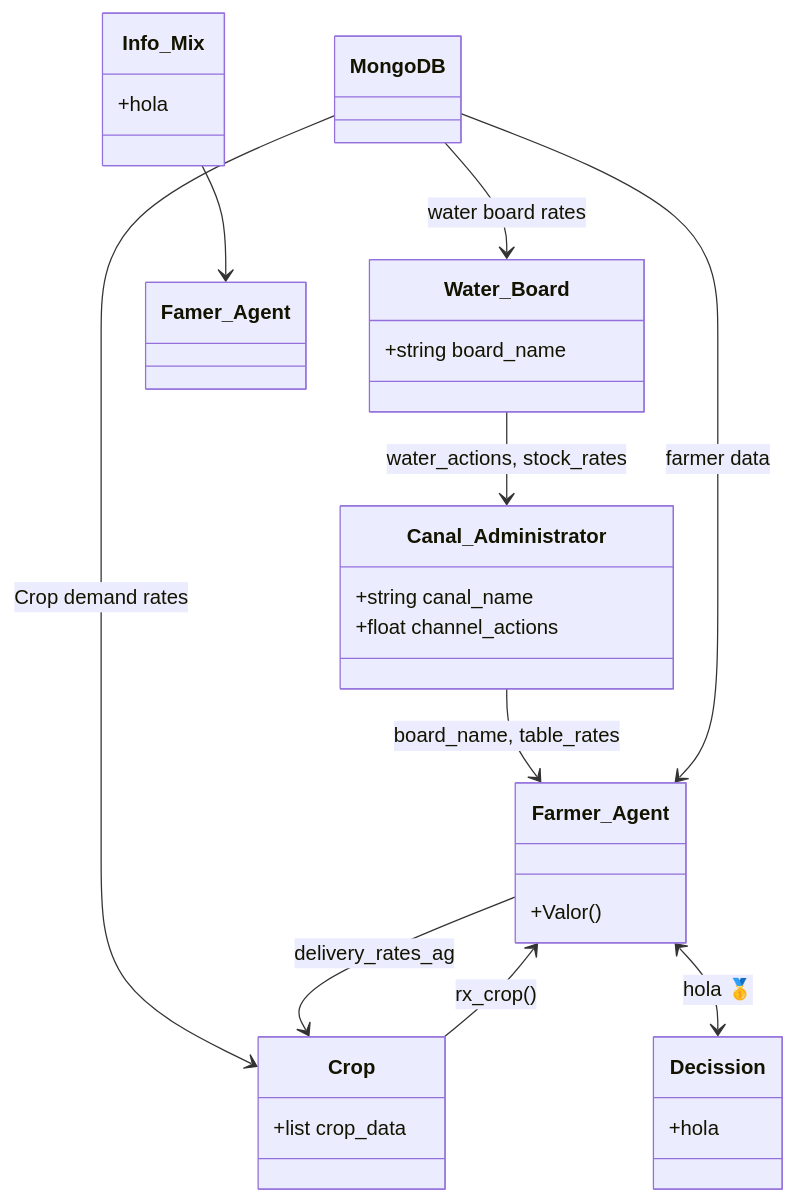
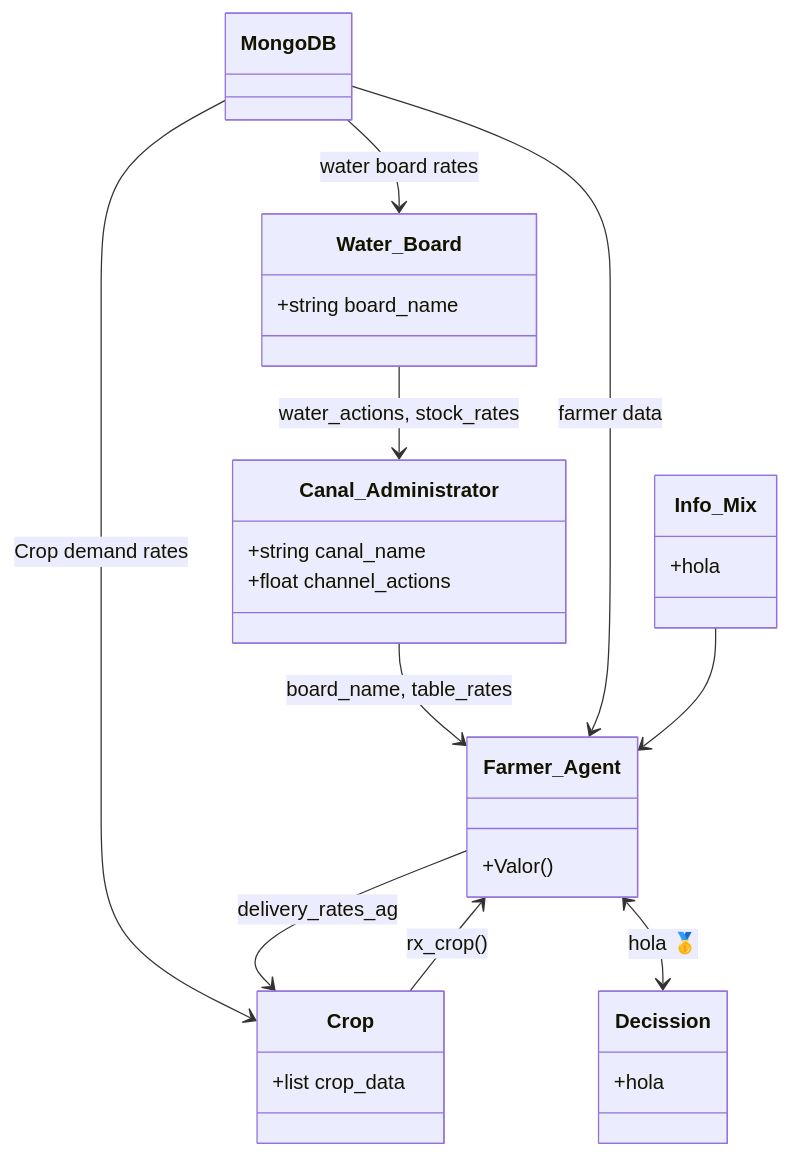
Before and after one commit to Pablov81/Agrotopia: the diagram in README.md, drawn with Mermaid.

````diff
--- a/README.md
+++ b/README.md
@@ -46,42 +46,42 @@
 ```mermaid
 classDiagram
     class MongoDB {
     }
 
     class Water_Board {
         +string board_name
     }
 
     class Canal_Administrator{
         +string canal_name
         +float channel_actions
     }
 
     class Farmer_Agent {
         +Valor()
     }
 
     class Crop {
         +list crop_data
     }
 
     class Decission {
         +hola
     }
 
     class Info_Mix {
         +hola
     }
 
 
 
     Water_Board --> Canal_Administrator: water_actions, stock_rates
     Canal_Administrator --> Farmer_Agent: board_name, table_rates
     MongoDB --> Water_Board: water board rates
     MongoDB --> Farmer_Agent: farmer data
     MongoDB --> Crop: Crop demand rates
     Farmer_Agent --> Crop: delivery_rates_ag
     Farmer_Agent <--> Decission:hola 🥇
-    Info_Mix-->Famer_Agent
+    Info_Mix-->Farmer_Agent
     Crop --> Farmer_Agent:rx_crop()
 ```
````
